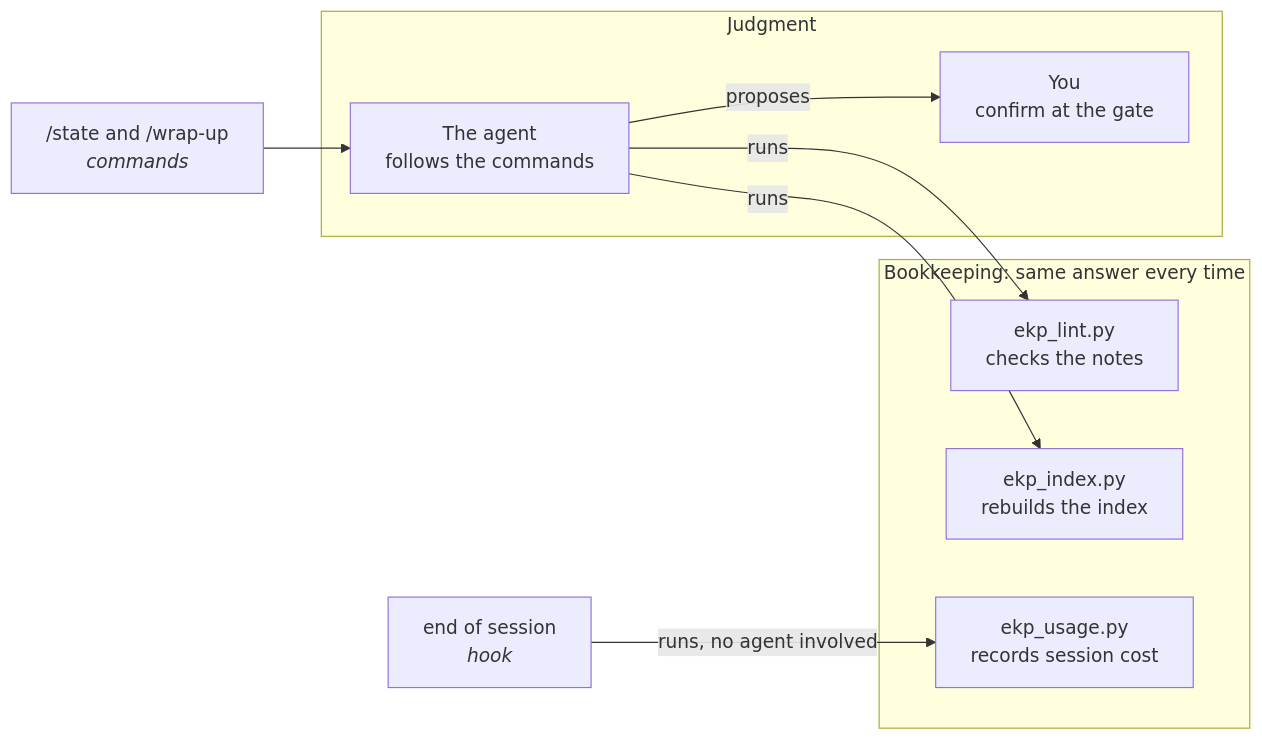
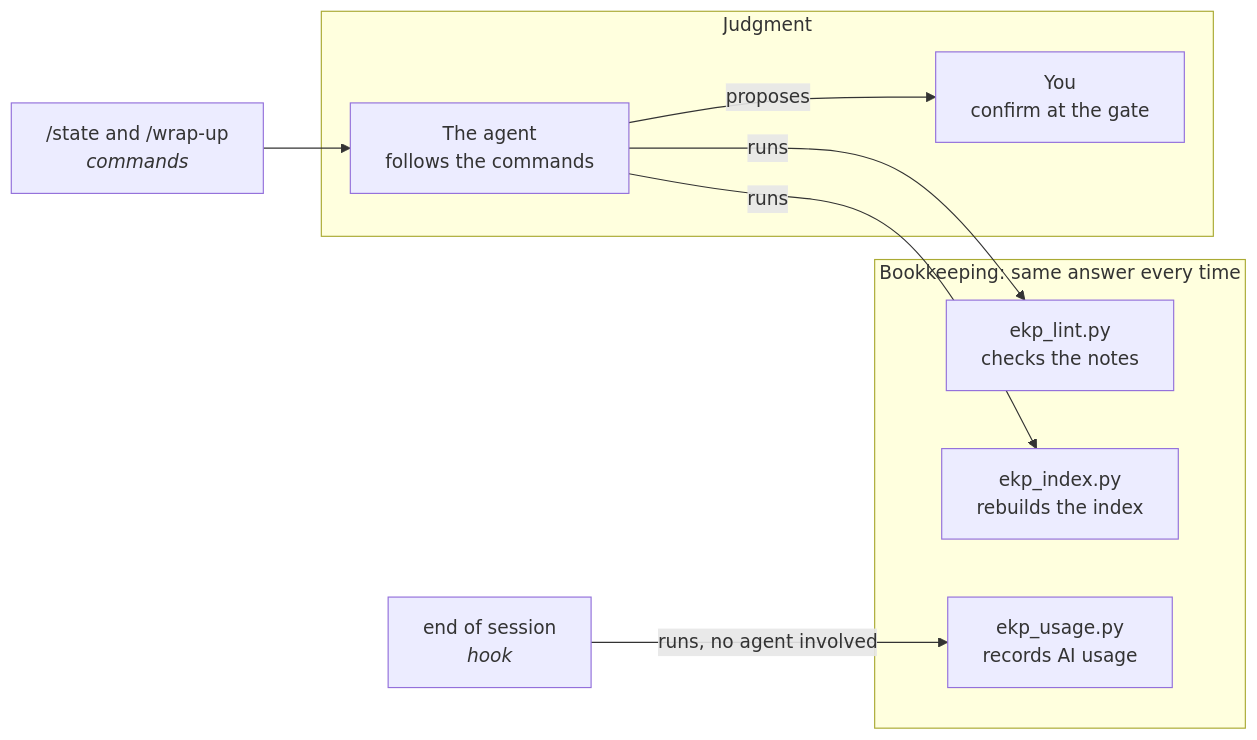
One commit to AhUhmm/epistemic-knowledge-profile changed the fourth of 4 diagrams in docs/how-it-works.md. Above: the diagram before and after it, drawn with Mermaid. The commit also changed other lines of this file, not shown here.

````diff
--- a/docs/how-it-works.md
+++ b/docs/how-it-works.md
@@ -158,17 +170,17 @@
 ```mermaid
 flowchart LR
     subgraph J["Judgment"]
         YOU2["You<br/>confirm at the gate"]
         AG["The agent<br/>follows the commands"]
     end
     subgraph D["Bookkeeping: same answer every time"]
         LINT["ekp_lint.py<br/>checks the notes"]
         INDEX["ekp_index.py<br/>rebuilds the index"]
-        USAGE["ekp_usage.py<br/>records session cost"]
+        USAGE["ekp_usage.py<br/>records AI usage"]
     end
     CMDS["/state and /wrap-up<br/><i>commands</i>"] --> AG
     AG -- "runs" --> LINT
     AG -- "runs" --> INDEX
     HOOK["end of session<br/><i>hook</i>"] -- "runs, no agent involved" --> USAGE
     AG -- "proposes" --> YOU2
 ```
````
